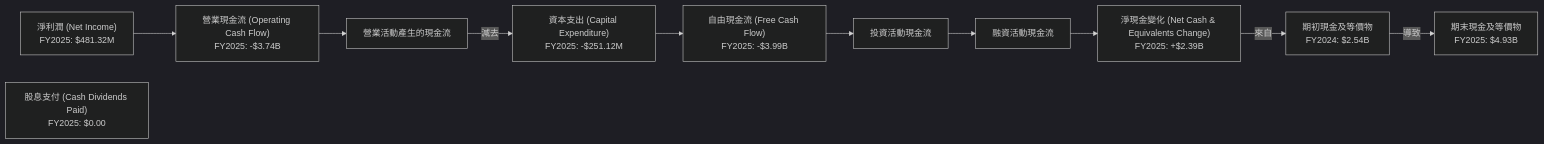
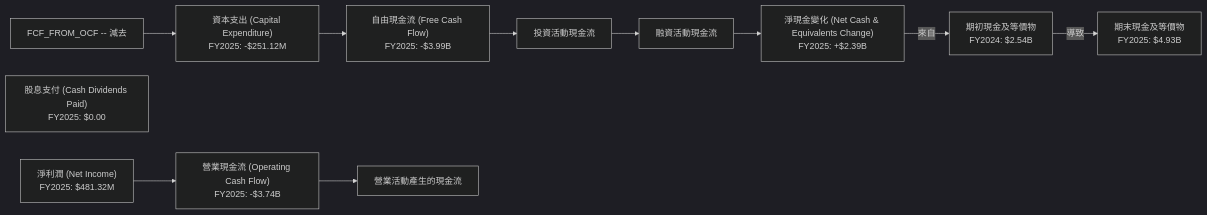
The seventh of 14 diagrams in ai_gen_report/stock/sofi/fundamental_analysis_2026-07-04_gemini.md (yennanliu/finance_data), drawn with Mermaid (dark theme) before and after one commit. The commit also changed 2258 other files, not shown here.

First line of the commit message:
chore: backfill Mermaid syntax repair across existing reports

````diff
--- a/ai_gen_report/stock/sofi/fundamental_analysis_2026-07-04_gemini.md
+++ b/ai_gen_report/stock/sofi/fundamental_analysis_2026-07-04_gemini.md
@@ -451,25 +451,25 @@
 ```mermaid
 graph LR
     NI["淨利潤 (Net Income)<br/>FY2025: $481.32M"]
 
     OCF["營業現金流 (Operating Cash Flow)<br/>FY2025: -$3.74B"]
     CAPEX["資本支出 (Capital Expenditure)<br/>FY2025: -$251.12M"]
     FCF["自由現金流 (Free Cash Flow)<br/>FY2025: -$3.99B"]
     DIVIDENDS["股息支付 (Cash Dividends Paid)<br/>FY2025: $0.00"]
     NET_CASH_CHANGE["淨現金變化 (Net Cash & Equivalents Change)<br/>FY2025: +$2.39B"]
 
     NI --> OCF
-    OCF --> FCF_FROM_OCF[營業活動產生的現金流]
-    FCF_FROM_OCF -- 減去 --> CAPEX
+    OCF --> FCF_FROM_OCF["營業活動產生的現金流"]
+    nb1["FCF_FROM_OCF -- 減去"] --> CAPEX
     CAPEX --> FCF
 
     FCF --> INVESTING["投資活動現金流"]
     INVESTING --> FINANCING["融資活動現金流"]
     FINANCING --> NET_CASH_CHANGE
 
-    NET_CASH_CHANGE -- 來自 --> CCE_START[期初現金及等價物]
-    CCE_START -- 導致 --> CCE_END[期末現金及等價物]
+    NET_CASH_CHANGE -- 來自 --> CCE_START["期初現金及等價物"]
+    CCE_START -- 導致 --> CCE_END["期末現金及等價物"]
 
     CCE_START["期初現金及等價物<br/>FY2024: $2.54B"]
     CCE_END["期末現金及等價物<br/>FY2025: $4.93B"]
 ```
````
